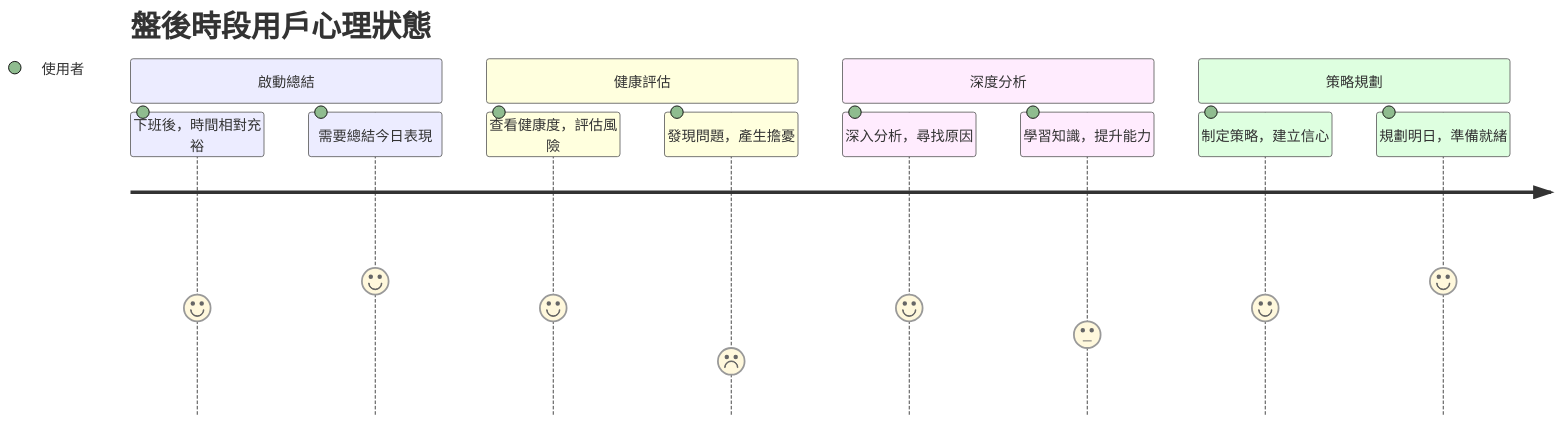
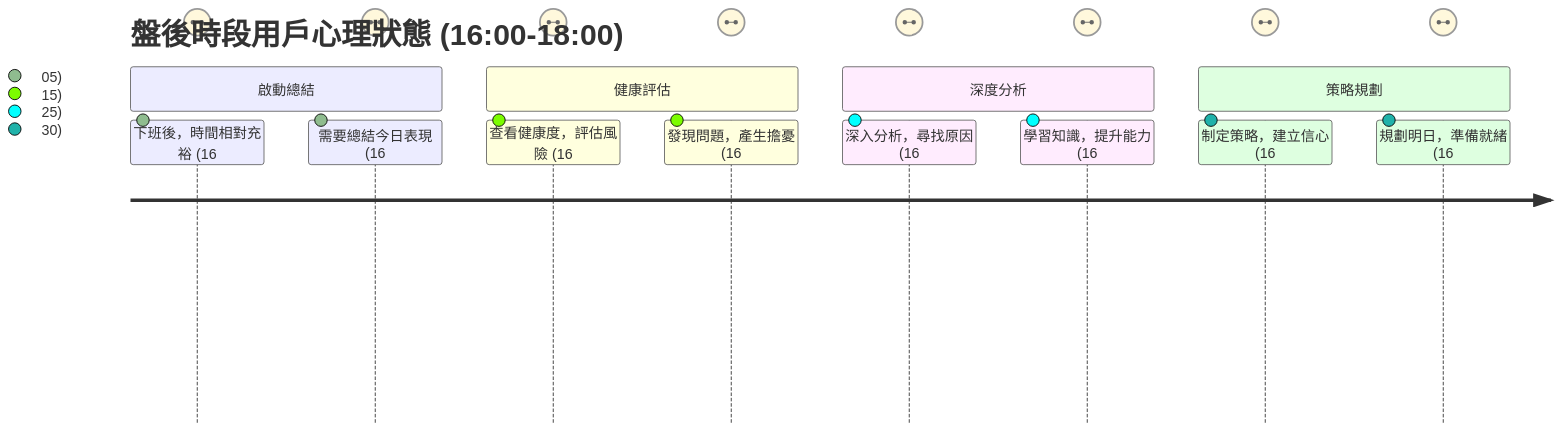
One commit to hihihowru/ai-chatbot-proxy changed the third of 3 diagrams in user_journey_map/yong-hulcheng-san.md. Above: the diagram before and after it, drawn with Mermaid. The commit also changed 2 other files, not shown here.

Commit message:
feat: 在 journey 圖中加入時間標記，在標題和內容中顯示具體時間範圍

````diff
--- a/user_journey_map/yong-hulcheng-san.md
+++ b/user_journey_map/yong-hulcheng-san.md
@@ -59,16 +59,16 @@
 ```mermaid
 journey
-    title 盤後時段用戶心理狀態
+    title 盤後時段用戶心理狀態 (16:00-18:00)
     section 啟動總結
-      下班後，時間相對充裕: 4: 使用者
-      需要總結今日表現: 5: 使用者
+      下班後，時間相對充裕 (16:00-16:05): 4: 使用者
+      需要總結今日表現 (16:00-16:05): 5: 使用者
     section 健康評估
-      查看健康度，評估風險: 4: 使用者
-      發現問題，產生擔憂: 2: 使用者
+      查看健康度，評估風險 (16:05-16:15): 4: 使用者
+      發現問題，產生擔憂 (16:05-16:15): 2: 使用者
     section 深度分析
-      深入分析，尋找原因: 4: 使用者
-      學習知識，提升能力: 3: 使用者
+      深入分析，尋找原因 (16:15-16:25): 4: 使用者
+      學習知識，提升能力 (16:15-16:25): 3: 使用者
     section 策略規劃
-      制定策略，建立信心: 4: 使用者
-      規劃明日，準備就緒: 5: 使用者
+      制定策略，建立信心 (16:25-16:30): 4: 使用者
+      規劃明日，準備就緒 (16:25-16:30): 5: 使用者
 ```
````
